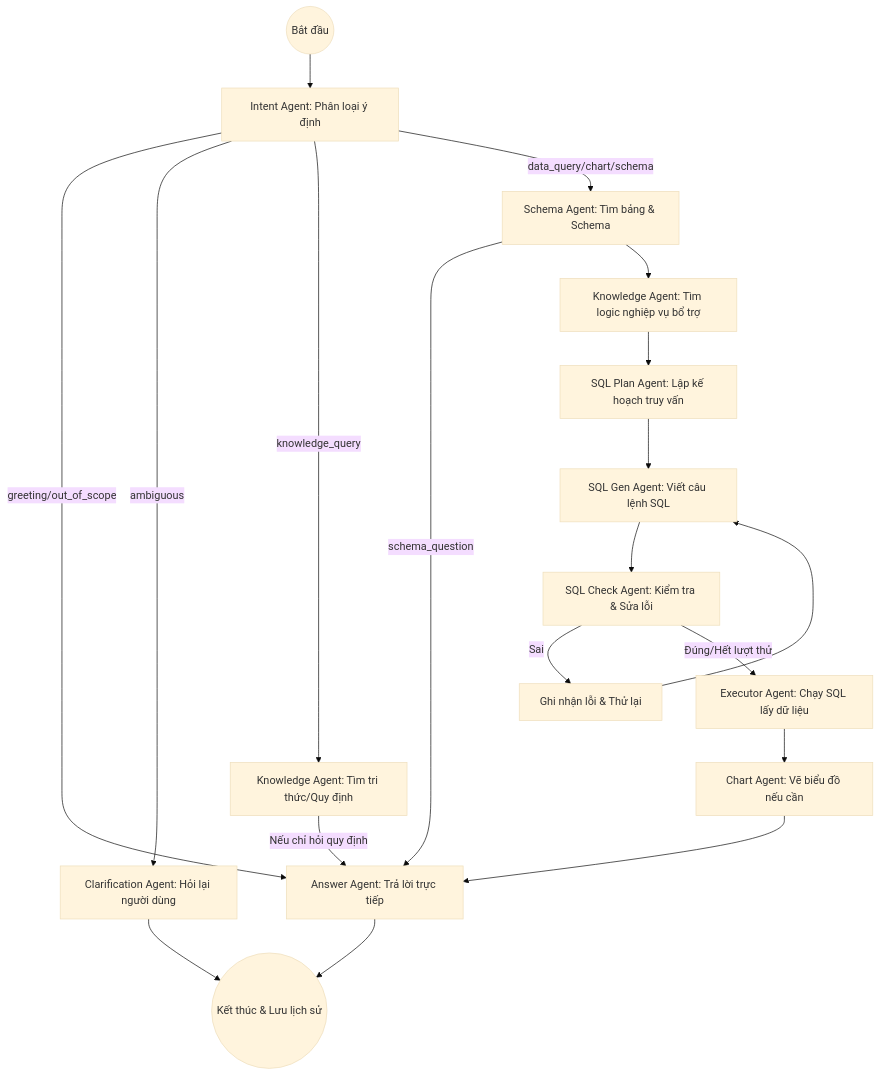
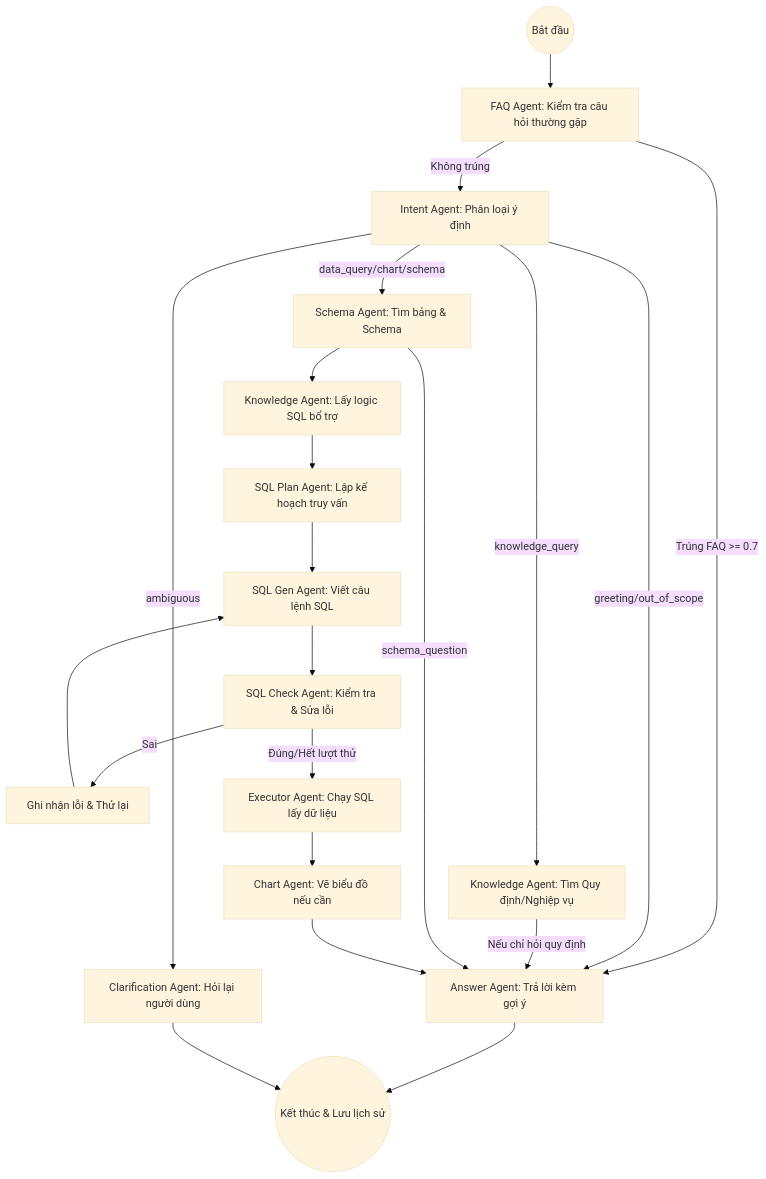
One commit to MinhQuang0611/nlsql changed the diagram in docs/architecture.md. Above: the diagram before and after it, drawn with Mermaid (base theme). The commit also changed other lines of this file and 19 other files, not shown here.

Commit message:
feat: implement FAQ system with new database table, API routes, and agent integration in the graph pipeline

````diff
--- a/docs/architecture.md
+++ b/docs/architecture.md
@@ -7,31 +5,33 @@
 ```mermaid
 graph TD
-    START((Bắt đầu)) --> Intent[Intent Agent: Phân loại ý định]
+    START((Bắt đầu)) --> FAQ[FAQ Agent: Kiểm tra câu hỏi thường gặp]
     
-    %% Phân nhánh theo Intent
-    Intent -->|greeting/out_of_scope| Answer[Answer Agent: Trả lời trực tiếp]
+    %% FAQ rẽ nhánh nhanh
+    FAQ -->|Trúng FAQ >= 0.7| Answer[Answer Agent: Trả lời kèm gợi ý]
+    FAQ -->|Không trúng| Intent[Intent Agent: Phân loại ý định]
+
+    %% Phân nhánh theo Intent truyền thống
+    Intent -->|greeting/out_of_scope| Answer
     Intent -->|ambiguous| Clarify[Clarification Agent: Hỏi lại người dùng]
-    Intent -->|knowledge_query| Knowledge[Knowledge Agent: Tìm tri thức/Quy định]
+    Intent -->|knowledge_query| Knowledge[Knowledge Agent: Tìm Quy định/Nghiệp vụ]
     Intent -->|data_query/chart/schema| Schema[Schema Agent: Tìm bảng & Schema]
 
-    %% Luồng Knowledge nghiệp vụ thuần túy
+    %% Luồng tri thức & Truy vấn dữ liệu
     Knowledge -->|Nếu chỉ hỏi quy định| Answer
-    
-    %% Luồng Truy vấn dữ liệu (Dùng cả Schema và Knowledge)
     Schema -->|schema_question| Answer
-    Schema --> Knowledge2[Knowledge Agent: Tìm logic nghiệp vụ bổ trợ]
+    Schema --> Knowledge2[Knowledge Agent: Lấy logic SQL bổ trợ]
     Knowledge2 --> Plan[SQL Plan Agent: Lập kế hoạch truy vấn]
     Plan --> Gen[SQL Gen Agent: Viết câu lệnh SQL]
     Gen --> Check[SQL Check Agent: Kiểm tra & Sửa lỗi]
     
     %% Vòng lặp sửa lỗi (Retry)
     Check -->|Sai| Retry[Ghi nhận lỗi & Thử lại]
     Retry --> Gen
     Check -->|Đúng/Hết lượt thử| Exec[Executor Agent: Chạy SQL lấy dữ liệu]
     
     %% Bước cuối
     Exec --> Chart[Chart Agent: Vẽ biểu đồ nếu cần]
     Chart --> Answer
     Answer --> END((Kết thúc & Lưu lịch sử))
     Clarify --> END
 ```
````
